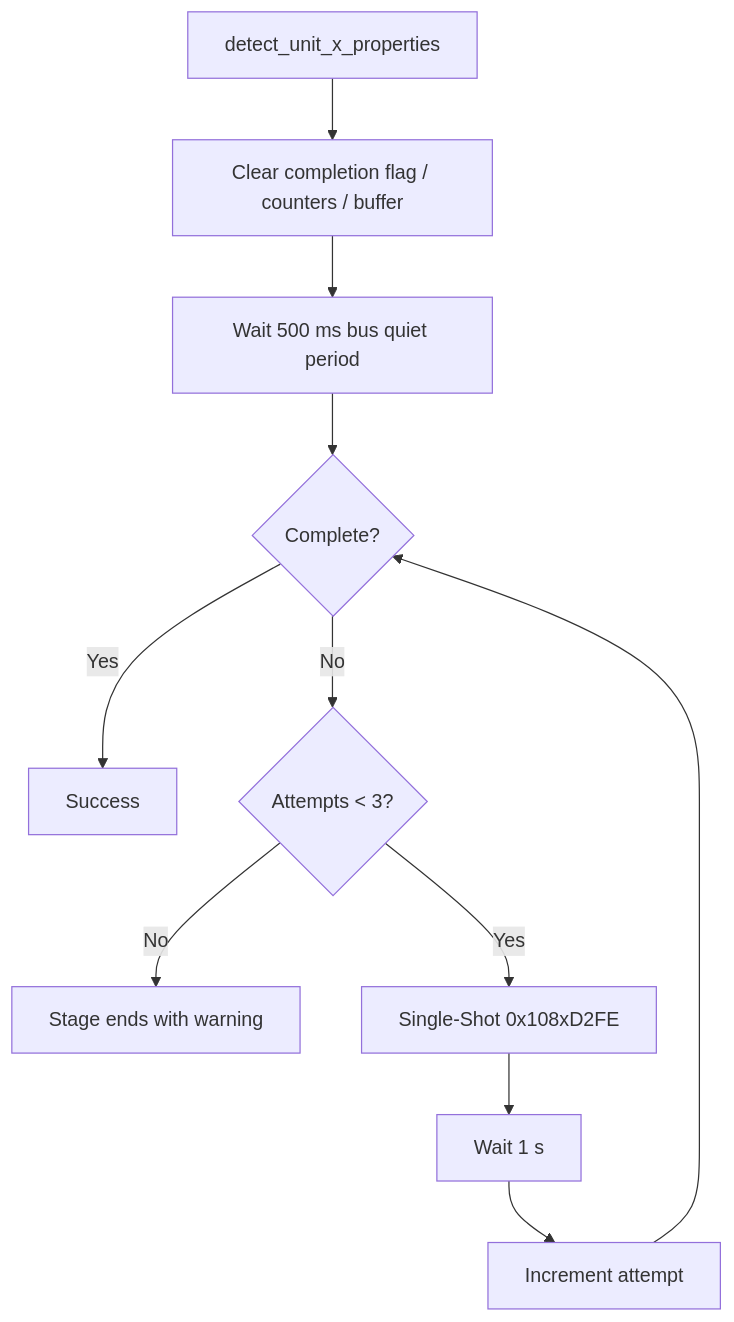
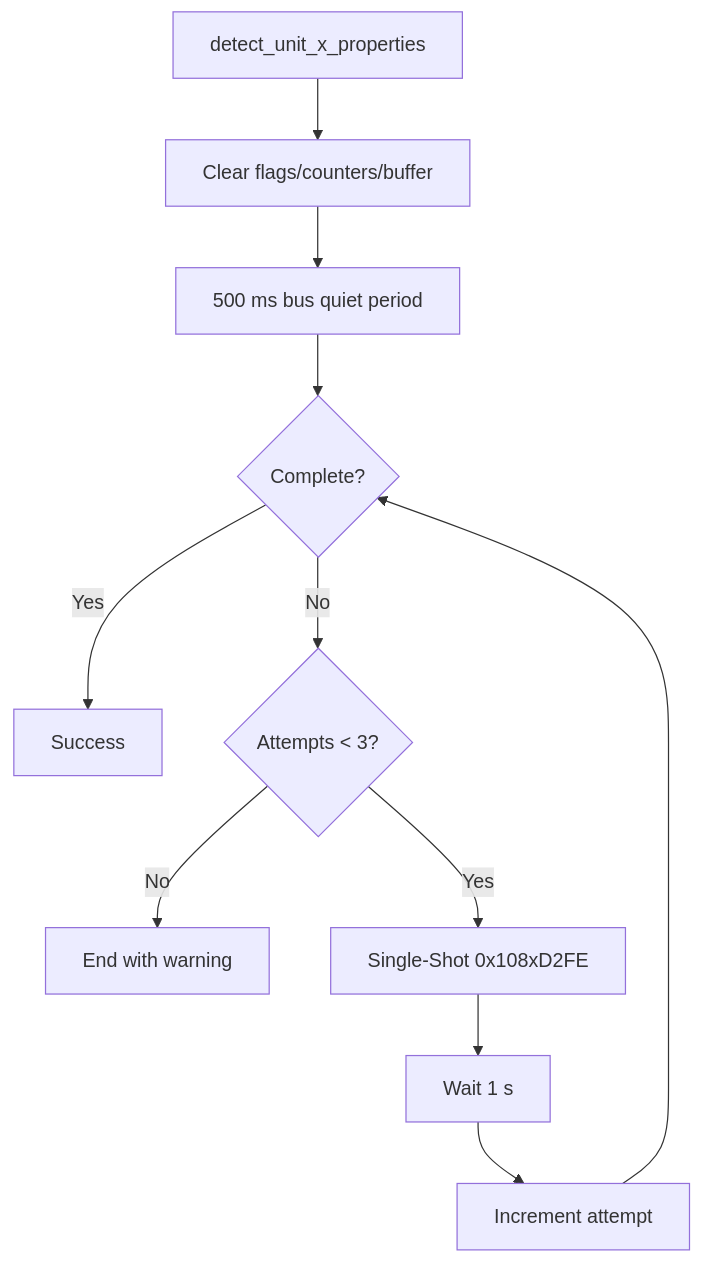
The eighth of 20 diagrams in R4875G1_CONTROL_FLOWS.md (anwa/esphome-r4875g1-3phase-charger), drawn with Mermaid before and after one commit. The commit also changed other lines of this file, not shown here.

````diff
--- a/R4875G1_CONTROL_FLOWS.md
+++ b/R4875G1_CONTROL_FLOWS.md
@@ -297,13 +250,13 @@
 ```mermaid
 flowchart TD
-    A[detect_unit_x_properties] --> B[Clear completion flag / counters / buffer]
-    B --> C[Wait 500 ms bus quiet period]
+    A[detect_unit_x_properties] --> B[Clear flags/counters/buffer]
+    B --> C[500 ms bus quiet period]
     C --> D{Complete?}
     D -- Yes --> OK[Success]
     D -- No --> E{Attempts < 3?}
-    E -- No --> FAIL[Stage ends with warning]
+    E -- No --> FAIL[End with warning]
     E -- Yes --> F[Single-Shot 0x108xD2FE]
     F --> G[Wait 1 s]
     G --> H[Increment attempt]
     H --> D
 ```
````
